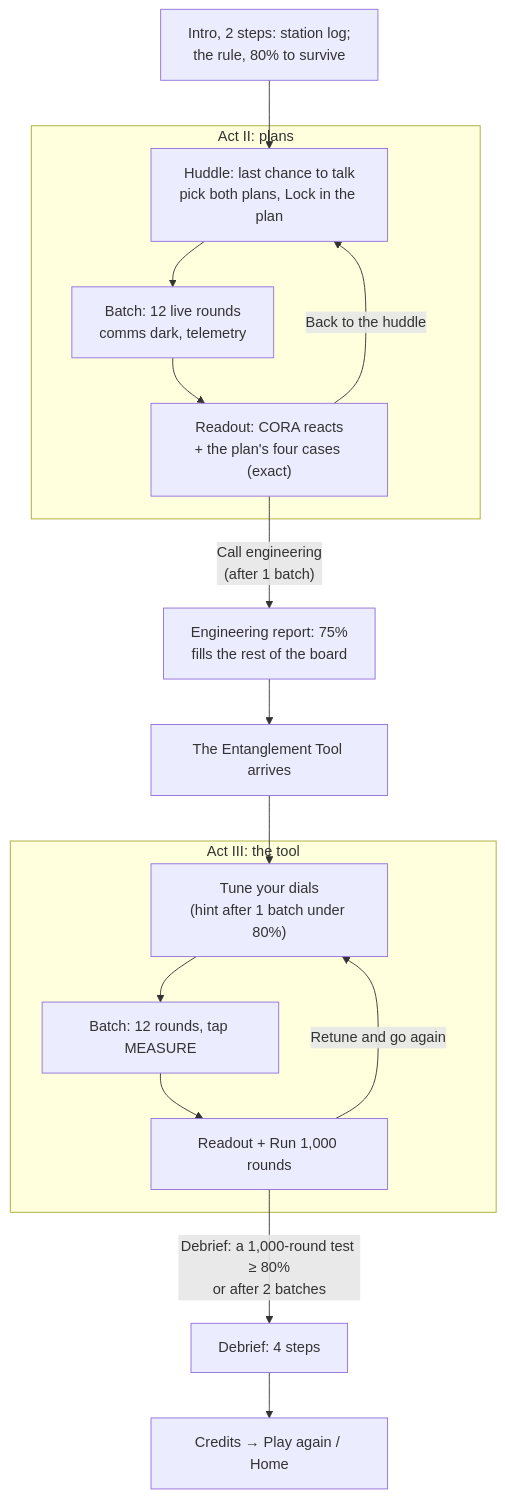
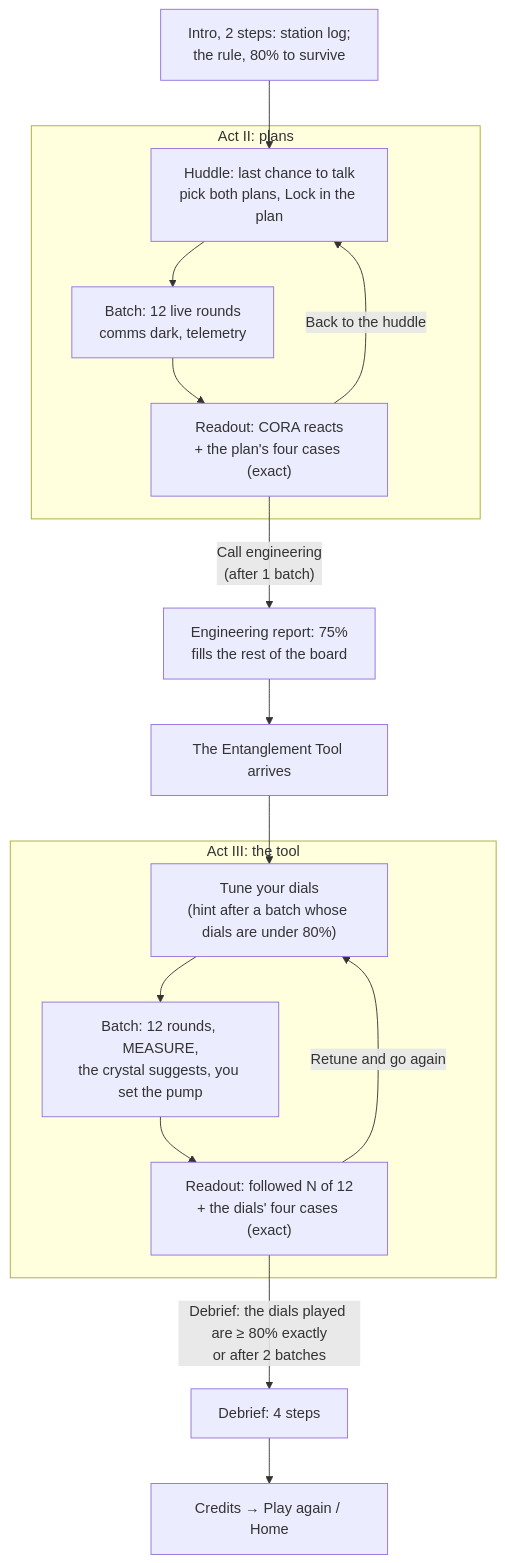
The diagram in README.md (PlayableStories/quantum-crew), drawn with Mermaid before and after one commit. The commit also changed other lines of this file and 22 other files, not shown here.

First line of the commit message:
CORA, Phase 3: Act III flow

````diff
--- a/README.md
+++ b/README.md
@@ -46,19 +46,19 @@
 ```mermaid
 flowchart TD
   intro["Intro, 2 steps: station log;<br/>the rule, 80% to survive"] --> plan
   subgraph act2 ["Act II: plans"]
     plan["Huddle: last chance to talk<br/>pick both plans, Lock in the plan"] --> batch2["Batch: 12 live rounds<br/>comms dark, telemetry"]
     batch2 --> read2["Readout: CORA reacts<br/>+ the plan's four cases (exact)"]
     read2 -- "Back to the huddle" --> plan
   end
   read2 -- "Call engineering<br/>(after 1 batch)" --> ceiling["Engineering report: 75%<br/>fills the rest of the board"]
   ceiling --> tool["The Entanglement Tool arrives"]
   tool --> tune
   subgraph act3 ["Act III: the tool"]
-    tune["Tune your dials<br/>(hint after 1 batch under 80%)"] --> batch3["Batch: 12 rounds, tap MEASURE"]
-    batch3 --> read3["Readout + Run 1,000 rounds"]
+    tune["Tune your dials<br/>(hint after a batch whose dials are under 80%)"] --> batch3["Batch: 12 rounds, MEASURE,<br/>the crystal suggests, you set the pump"]
+    batch3 --> read3["Readout: followed N of 12<br/>+ the dials' four cases (exact)"]
     read3 -- "Retune and go again" --> tune
   end
-  read3 -- "Debrief: a 1,000-round test ≥ 80%<br/>or after 2 batches" --> debrief["Debrief: 4 steps"]
+  read3 -- "Debrief: the dials played are ≥ 80% exactly<br/>or after 2 batches" --> debrief["Debrief: 4 steps"]
   debrief --> credits["Credits → Play again / Home"]
 ```
````
